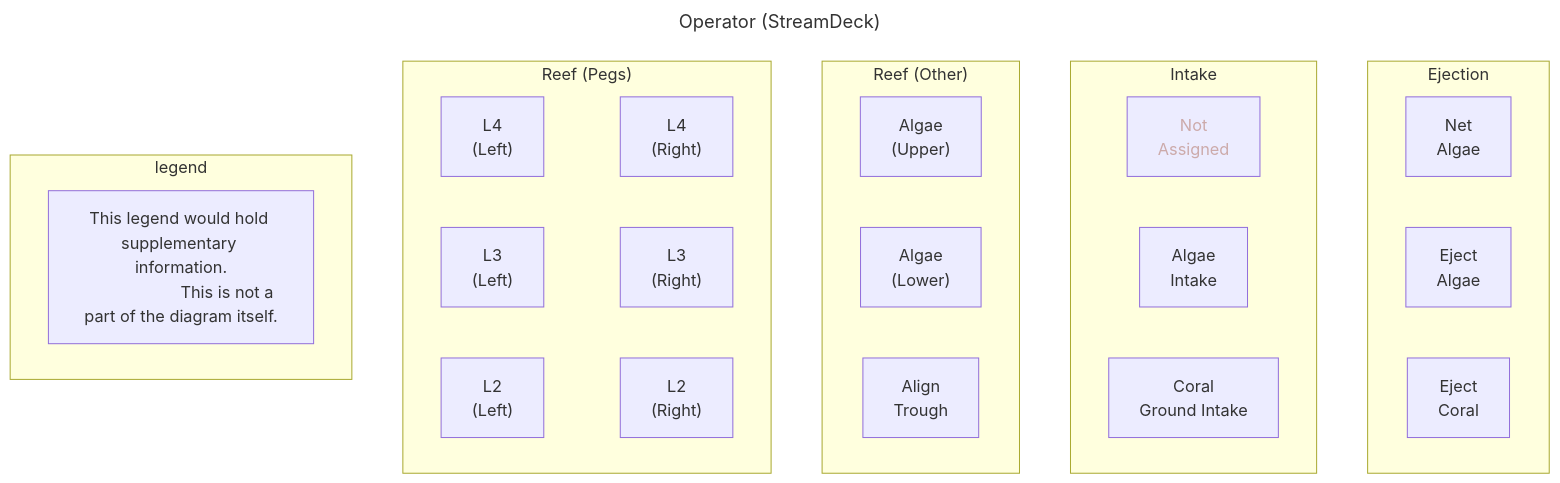
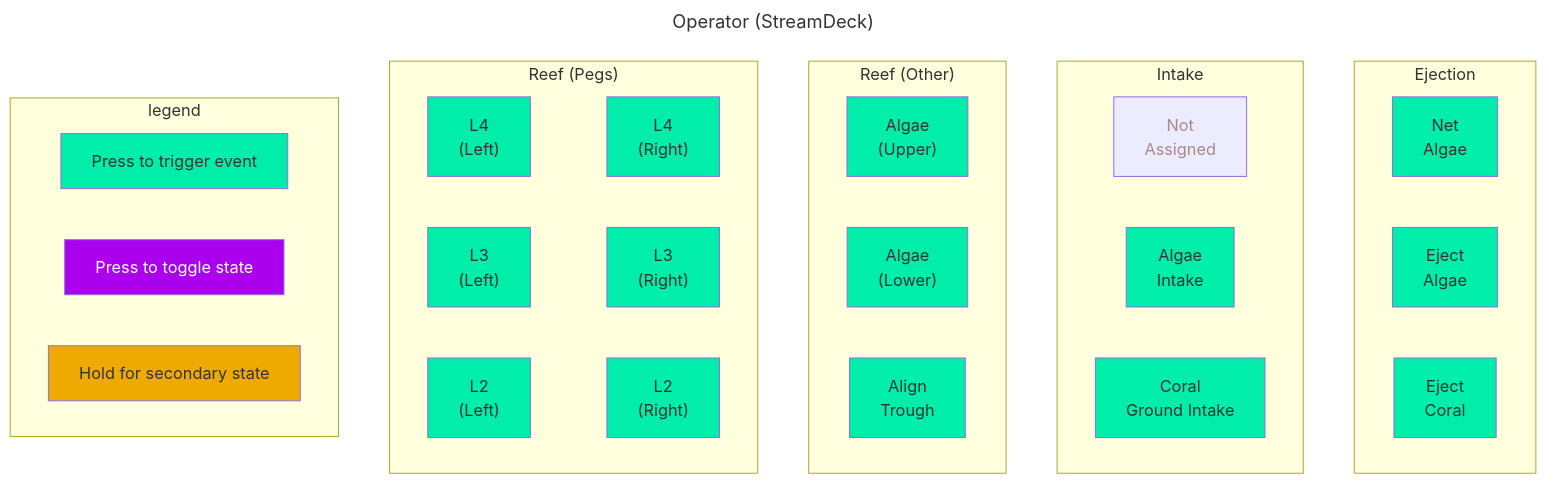
Before and after one commit to Raptacon/Robot-2025: the diagram in doc/controller_diagrams/operator_streamdeck_2025.mermaid, drawn with Mermaid.

Commit message:
color coding operator

```diff
--- a/doc/controller_diagrams/operator_streamdeck_2025.mermaid
+++ b/doc/controller_diagrams/operator_streamdeck_2025.mermaid
@@ -1,38 +1,45 @@
 ---
 title: Operator (StreamDeck)
 ---
 graph TB
     subgraph c5["Ejection"]
         Net["Net
-             Algae"]
+             Algae"]:::clsPress
         EjectAlg["Eject
-                  Algae"]
+                  Algae"]:::clsPress
         EjectCoral["Eject
-                    Coral"]
+                    Coral"]:::clsPress
     end
     subgraph c4["Intake"]
         r1c4["Not
-              Assigned"]
-            style r1c4 color:#caa
+              Assigned"]:::na
         IntakeAlg["Algae
-                   Intake"]
+                   Intake"]:::clsPress
         IntakeGrd["Coral
-                   Ground Intake"]
+                   Ground Intake"]:::clsPress
     end
     subgraph c3["Reef (Other)"]
         RmAlgU["Algae
-                (Upper)"]
+                (Upper)"]:::clsPress
         RmAlgL["Algae
-                (Lower)"]
+                (Lower)"]:::clsPress
         Trough["Align
-                Trough"]
+                Trough"]:::clsPress
     end
     subgraph c1c2["Reef (Pegs)"]
-        LL4["L4\n(Left)"]~~~RL4["L4\n(Right)"]
-        LL3["L3\n(Left)"]~~~RL3["L3\n(Right)"]
-        LL2["L2\n(Left)"]~~~RL2["L2\n(Right)"]
+        LL4["L4\n(Left)"]:::clsPress~~~RL4["L4\n(Right)"]:::clsPress
+        LL3["L3\n(Left)"]:::clsPress~~~RL3["L3\n(Right)"]:::clsPress
+        LL2["L2\n(Left)"]:::clsPress~~~RL2["L2\n(Right)"]:::clsPress
     end
     subgraph legend
-        placeholder["This legend would hold supplementary information.
-                     This is not a part of the diagram itself."]
+        press["Press to trigger event"]:::clsPress
+        toggle["Press to toggle state"]:::clsToggle
+        hold["Hold for secondary state"]:::clsHold
     end
+classDef hidden display: none;
+classDef na color: #a88
+classDef note fill: #0000, stroke-dasharray: 5 5
+classDef clsHold fill: #ea0
+classDef clsToggle fill: #a0e, color: white
+classDef clsPress fill: #0ea
+classDef nobg fill: transparent
```
